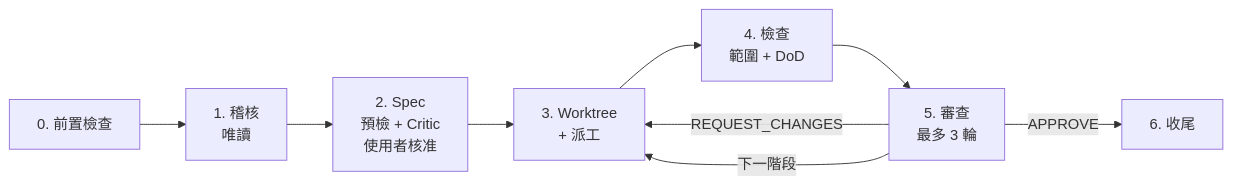
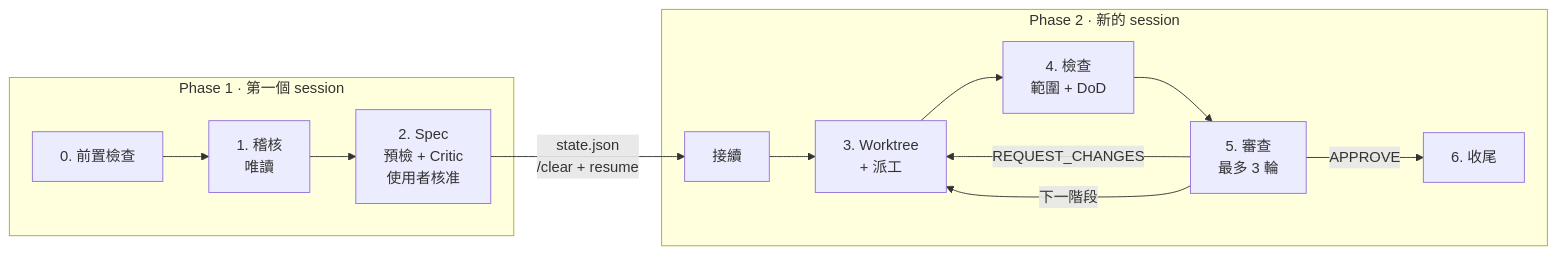
Before and after one commit to cosmo-chang-1701/spec-audit-and-refactor: the diagram in README.zh-TW.md, drawn with Mermaid. The commit also changed other lines of this file and 13 other files, not shown here.

````diff
--- a/README.zh-TW.md
+++ b/README.zh-TW.md
@@ -61,11 +63,16 @@
 ```mermaid
 flowchart LR
+    subgraph P1[Phase 1 · 第一個 session]
     A[0. 前置檢查] --> B[1. 稽核<br/>唯讀]
     B --> C[2. Spec<br/>預檢 + Critic<br/>使用者核准]
-    C --> D[3. Worktree<br/>+ 派工]
+    end
+    C -->|state.json<br/>/clear + resume| R[接續]
+    subgraph P2[Phase 2 · 新的 session]
+    R --> D[3. Worktree<br/>+ 派工]
     D --> E[4. 檢查<br/>範圍 + DoD]
     E --> F[5. 審查<br/>最多 3 輪]
     F -->|REQUEST_CHANGES| D
     F -->|下一階段| D
     F -->|APPROVE| G[6. 收尾]
+    end
 ```
````
